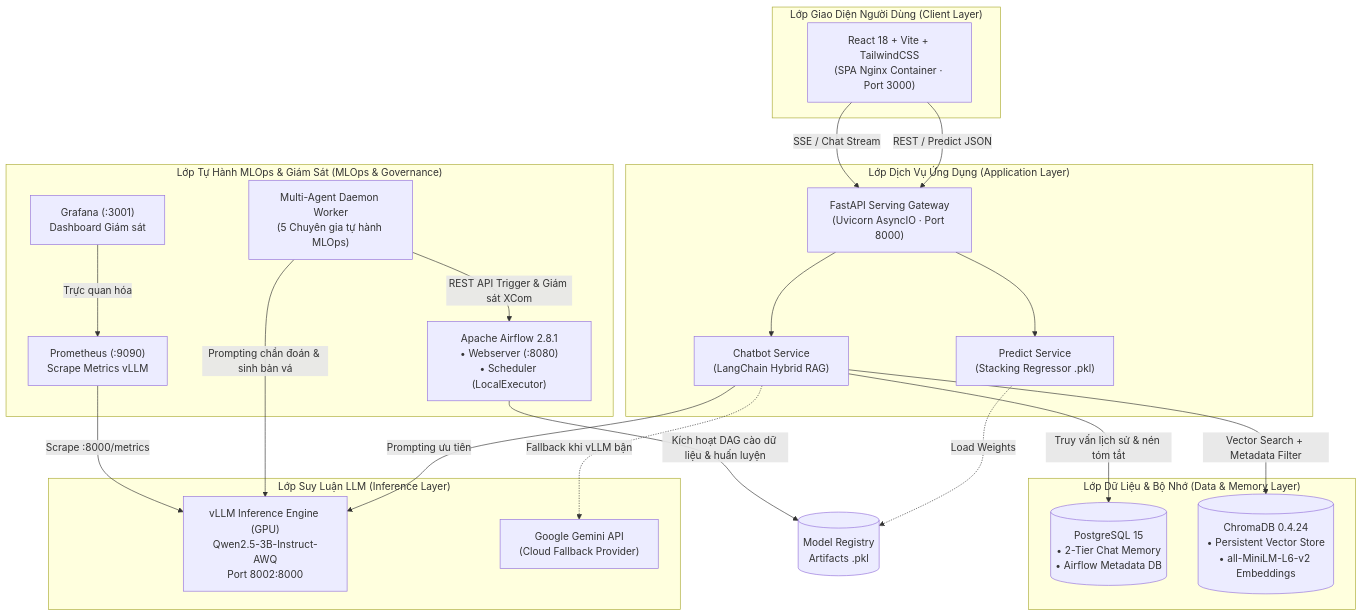
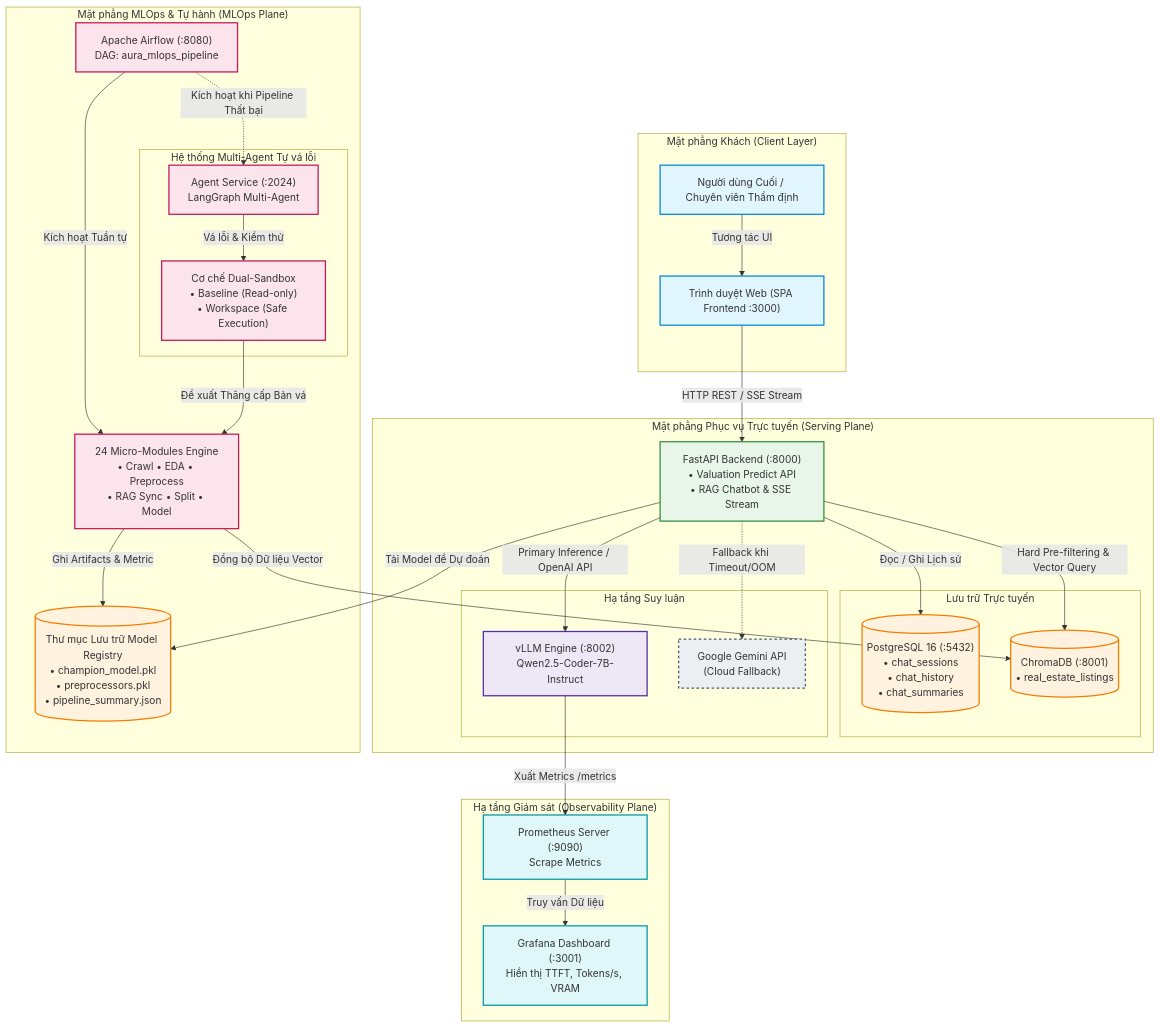
Before and after one commit to nguyentranhuynhchi/aura-realestate: the first of 11 diagrams in README.md, drawn with Mermaid. The commit also changed other lines of this file and 48 other files, not shown here.

Commit message:
feat: update MLOps agent workflow, backend services, and comprehensive README documentation

````diff
--- a/README.md
+++ b/README.md
@@ -50,45 +178,69 @@
 ```mermaid
-flowchart TD
-    subgraph CLIENT["Lớp Giao Diện Người Dùng (Client Layer)"]
-        UI["React 18 + Vite + TailwindCSS<br/>(SPA Nginx Container · Port 3000)"]
+flowchart TB
+    %% Styling Classes
+    classDef client fill:#E1F5FE,stroke:#0288D1,stroke-width:2px;
+    classDef app fill:#E8F5E9,stroke:#388E3C,stroke-width:2px;
+    classDef data fill:#FFF3E0,stroke:#F57C00,stroke-width:2px;
+    classDef inference fill:#EDE7F6,stroke:#512DA8,stroke-width:2px;
+    classDef mlops fill:#FCE4EC,stroke:#C2185B,stroke-width:2px;
+    classDef obs fill:#E0F7FA,stroke:#0097A7,stroke-width:2px;
+    classDef ext fill:#ECEFF1,stroke:#455A64,stroke-width:2px,stroke-dasharray: 4 4;
+
+    subgraph CLIENT_LAYER ["Mặt phẳng Khách (Client Layer)"]
+        User["Người dùng Cuối / Chuyên viên Thẩm định"]:::client
+        Browser["Trình duyệt Web (SPA Frontend :3000)"]:::client
     end
 
-    subgraph API_GATEWAY["Lớp Dịch Vụ Ứng Dụng (Application Layer)"]
-        FASTAPI["FastAPI Serving Gateway<br/>(Uvicorn AsyncIO · Port 8000)"]
-        PRED_SVC["Predict Service<br/>(Stacking Regressor .pkl)"]
-        CHAT_SVC["Chatbot Service<br/>(LangChain Hybrid RAG)"]
-        FASTAPI --> PRED_SVC
-        FASTAPI --> CHAT_SVC
+    subgraph SERVING_PLANE ["Mặt phẳng Phục vụ Trực tuyến (Serving Plane)"]
+        Backend["FastAPI Backend (:8000)<br/>• Valuation Predict API<br/>• RAG Chatbot & SSE Stream"]:::app
+        
+        subgraph STORAGE_INTERNAL ["Lưu trữ Trực tuyến"]
+            PG[("PostgreSQL 16 (:5432)<br/>• chat_sessions<br/>• chat_history<br/>• chat_summaries")]:::data
+            Chroma[("ChromaDB (:8001)<br/>• real_estate_listings")]:::data
+        end
+
+        subgraph INFERENCE_ENGINES ["Hạ tầng Suy luận"]
+            vLLM["vLLM Engine (:8002)<br/>Qwen2.5-Coder-7B-Instruct"]:::inference
+            Gemini["Google Gemini API<br/>(Cloud Fallback)"]:::ext
+        end
     end
 
-    subgraph DATA_STORAGE["Lớp Dữ Liệu & Bộ Nhớ (Data & Memory Layer)"]
-        PG[("PostgreSQL 15<br/>• 2-Tier Chat Memory<br/>• Airflow Metadata DB")]
-        CHROMA[("ChromaDB 0.4.24<br/>• Persistent Vector Store<br/>• all-MiniLM-L6-v2 Embeddings")]
+    subgraph MLOPS_PLANE ["Mặt phẳng MLOps & Tự hành (MLOps Plane)"]
+        Airflow["Apache Airflow (:8080)<br/>DAG: aura_mlops_pipeline"]:::mlops
+        MicroModules["24 Micro-Modules Engine<br/>• Crawl • EDA • Preprocess<br/>• RAG Sync • Split • Model"]:::mlops
+        
+        subgraph AGENT_ECOSYSTEM ["Hệ thống Multi-Agent Tự vá lỗi"]
+            AgentSvc["Agent Service (:2024)<br/>LangGraph Multi-Agent"]:::mlops
+            DualSandbox["Cơ chế Dual-Sandbox<br/>• Baseline (Read-only)<br/>• Workspace (Safe Execution)"]:::mlops
+        end
+
+        ModelRegistry[("Thư mục Lưu trữ Model Registry<br/>• champion_model.pkl<br/>• preprocessors.pkl<br/>• pipeline_summary.json")]:::data
     end
 
-    subgraph INFERENCE["Lớp Suy Luận LLM (Inference Layer)"]
-        VLLM["vLLM Inference Engine (GPU)<br/>Qwen2.5-3B-Instruct-AWQ<br/>Port 8002:8000"]
-        GEMINI["Google Gemini API<br/>(Cloud Fallback Provider)"]
+    subgraph OBSERVABILITY ["Hạ tầng Giám sát (Observability Plane)"]
+        Prometheus["Prometheus Server (:9090)<br/>Scrape Metrics"]:::obs
+        Grafana["Grafana Dashboard (:3001)<br/>Hiển thị TTFT, Tokens/s, VRAM"]:::obs
     end
 
-    subgraph MLOPS["Lớp Tự Hành MLOps & Giám Sát (MLOps & Governance)"]
-        AIRFLOW["Apache Airflow 2.8.1<br/>• Webserver (:8080)<br/>• Scheduler (LocalExecutor)"]
-        AGENT["Multi-Agent Daemon Worker<br/>(5 Chuyên gia tự hành MLOps)"]
-        PROM["Prometheus (:9090)<br/>Scrape Metrics vLLM"]
-        GRAF["Grafana (:3001)<br/>Dashboard Giám sát"]
-    end
+    %% Serving Flows
+    User -->|Tương tác UI| Browser
+    Browser -->|HTTP REST / SSE Stream| Backend
+    Backend -->|Đọc / Ghi Lịch sử| PG
+    Backend -->|Hard Pre-filtering & Vector Query| Chroma
+    Backend -->|Primary Inference / OpenAI API| vLLM
+    Backend -.->|Fallback khi Timeout/OOM| Gemini
+    Backend -->|Tải Model để Dự đoán| ModelRegistry
 
-    UI -- "REST / Predict JSON" --> FASTAPI
-    UI -- "SSE / Chat Stream" --> FASTAPI
-    PRED_SVC -. "Load Weights" .-> REGISTRY[("Model Registry<br/>Artifacts .pkl")]
-    CHAT_SVC -- "Truy vấn lịch sử & nén tóm tắt" --> PG
-    CHAT_SVC -- "Vector Search + Metadata Filter" --> CHROMA
-    CHAT_SVC -- "Prompting ưu tiên" --> VLLM
-    CHAT_SVC -. "Fallback khi vLLM bận" .-> GEMINI
-    
-    AIRFLOW -- "Kích hoạt DAG cào dữ liệu & huấn luyện" --> REGISTRY
-    AGENT -- "REST API Trigger & Giám sát XCom" --> AIRFLOW
-    AGENT -- "Prompting chẩn đoán & sinh bản vá" --> VLLM
-    PROM -- "Scrape :8000/metrics" --> VLLM
-    GRAF -- "Trực quan hóa" --> PROM
+    %% MLOps Flows
+    Airflow -->|Kích hoạt Tuần tự| MicroModules
+    MicroModules -->|Ghi Artifacts & Metric| ModelRegistry
+    MicroModules -->|Đồng bộ Dữ liệu Vector| Chroma
+    Airflow -.->|Kích hoạt khi Pipeline Thất bại| AgentSvc
+    AgentSvc -->|Vá lỗi & Kiểm thử| DualSandbox
+    DualSandbox -->|Đề xuất Thăng cấp Bản vá| MicroModules
+
+    %% Observability Flows
+    vLLM -->|Xuất Metrics /metrics| Prometheus
+    Prometheus -->|Truy vấn Dữ liệu| Grafana
+
 ```
````
